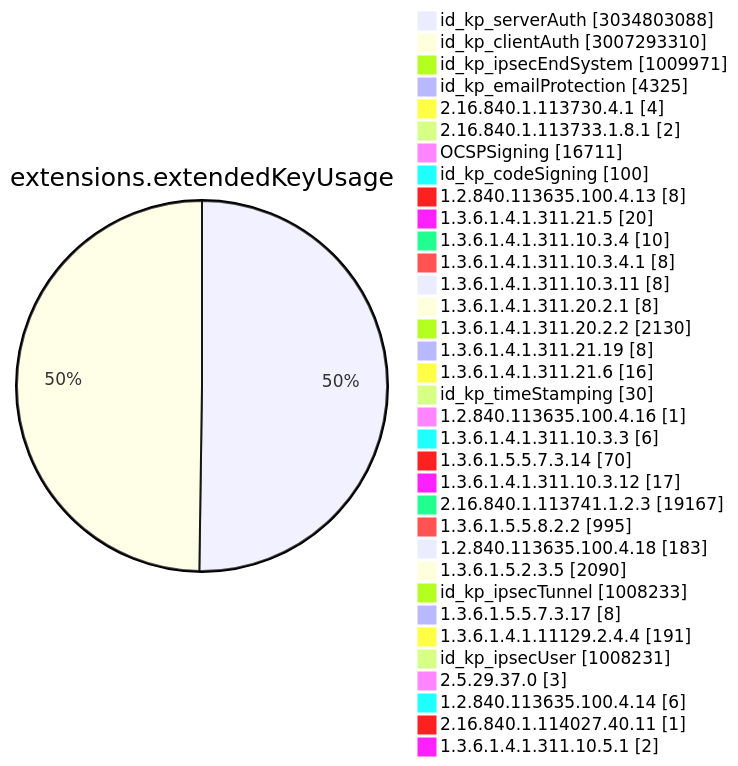
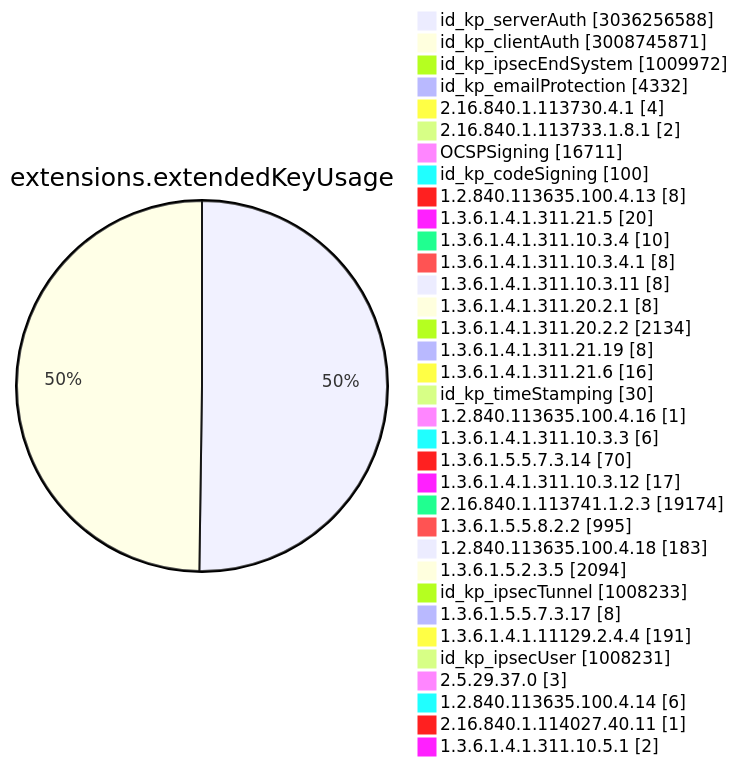
Diagram 11 of 15 in TOTAL/README.md (christiankrug/ctmonitor_visualization), drawn with Mermaid before and after one commit. The commit also changed other lines of this file, not shown here.

````diff
--- a/TOTAL/README.md
+++ b/TOTAL/README.md
@@ -4111,38 +4111,38 @@
 ```mermaid
 pie showData
 title extensions.extendedKeyUsage
-"id_kp_serverAuth" :3034803088
-"id_kp_clientAuth" :3007293310
-"id_kp_ipsecEndSystem" :1009971
-"id_kp_emailProtection" :4325
+"id_kp_serverAuth" :3036256588
+"id_kp_clientAuth" :3008745871
+"id_kp_ipsecEndSystem" :1009972
+"id_kp_emailProtection" :4332
 "2.16.840.1.113730.4.1" :4
 "2.16.840.1.113733.1.8.1" :2
 "OCSPSigning" :16711
 "id_kp_codeSigning" :100
 "1.2.840.113635.100.4.13" :8
 "1.3.6.1.4.1.311.21.5" :20
 "1.3.6.1.4.1.311.10.3.4" :10
 "1.3.6.1.4.1.311.10.3.4.1" :8
 "1.3.6.1.4.1.311.10.3.11" :8
 "1.3.6.1.4.1.311.20.2.1" :8
-"1.3.6.1.4.1.311.20.2.2" :2130
+"1.3.6.1.4.1.311.20.2.2" :2134
 "1.3.6.1.4.1.311.21.19" :8
 "1.3.6.1.4.1.311.21.6" :16
 "id_kp_timeStamping" :30
 "1.2.840.113635.100.4.16" :1
 "1.3.6.1.4.1.311.10.3.3" :6
 "1.3.6.1.5.5.7.3.14" :70
 "1.3.6.1.4.1.311.10.3.12" :17
-"2.16.840.1.113741.1.2.3" :19167
+"2.16.840.1.113741.1.2.3" :19174
 "1.3.6.1.5.5.8.2.2" :995
 "1.2.840.113635.100.4.18" :183
-"1.3.6.1.5.2.3.5" :2090
+"1.3.6.1.5.2.3.5" :2094
 "id_kp_ipsecTunnel" :1008233
 "1.3.6.1.5.5.7.3.17" :8
 "1.3.6.1.4.1.11129.2.4.4" :191
 "id_kp_ipsecUser" :1008231
 "2.5.29.37.0" :3
 "1.2.840.113635.100.4.14" :6
 "2.16.840.1.114027.40.11" :1
 "1.3.6.1.4.1.311.10.5.1" :2
 ```
````
